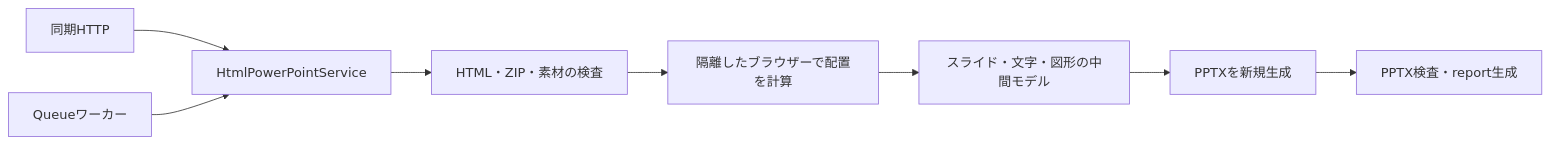
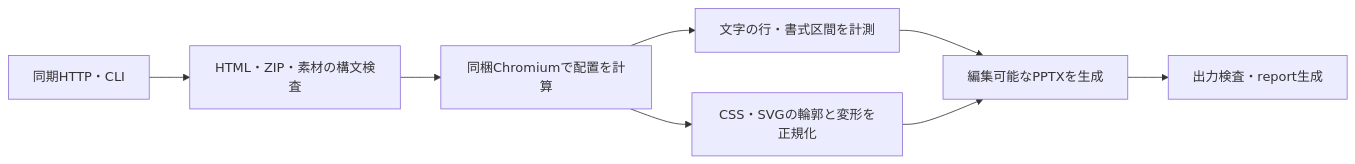
One commit to sunu-py-jp/convertX2X changed the diagram in docs/designs/html2pptx.md. Above: the diagram before and after it, drawn with Mermaid. The commit also changed other lines of this file and 269 other files, not shown here.

First line of the commit message:
Add editable HTML to PowerPoint conversion for Azure Functions

````diff
--- a/docs/designs/html2pptx.md
+++ b/docs/designs/html2pptx.md
@@ -82,10 +25,10 @@
 ```mermaid
 flowchart LR
-    H[同期HTTP] --> C[HtmlPowerPointService]
-    Q[Queueワーカー] --> C
-    C --> V[HTML・ZIP・素材の検査]
-    V --> B[隔離したブラウザーで配置を計算]
-    B --> S[スライド・文字・図形の中間モデル]
-    S --> P[PPTXを新規生成]
-    P --> R[PPTX検査・report生成]
+    H[同期HTTP・CLI] --> V[HTML・ZIP・素材の構文検査]
+    V --> B[同梱Chromiumで配置を計算]
+    B --> T[文字の行・書式区間を計測]
+    B --> G[CSS・SVGの輪郭と変形を正規化]
+    T --> P[編集可能なPPTXを生成]
+    G --> P
+    P --> R[出力検査・report生成]
 ```
````
